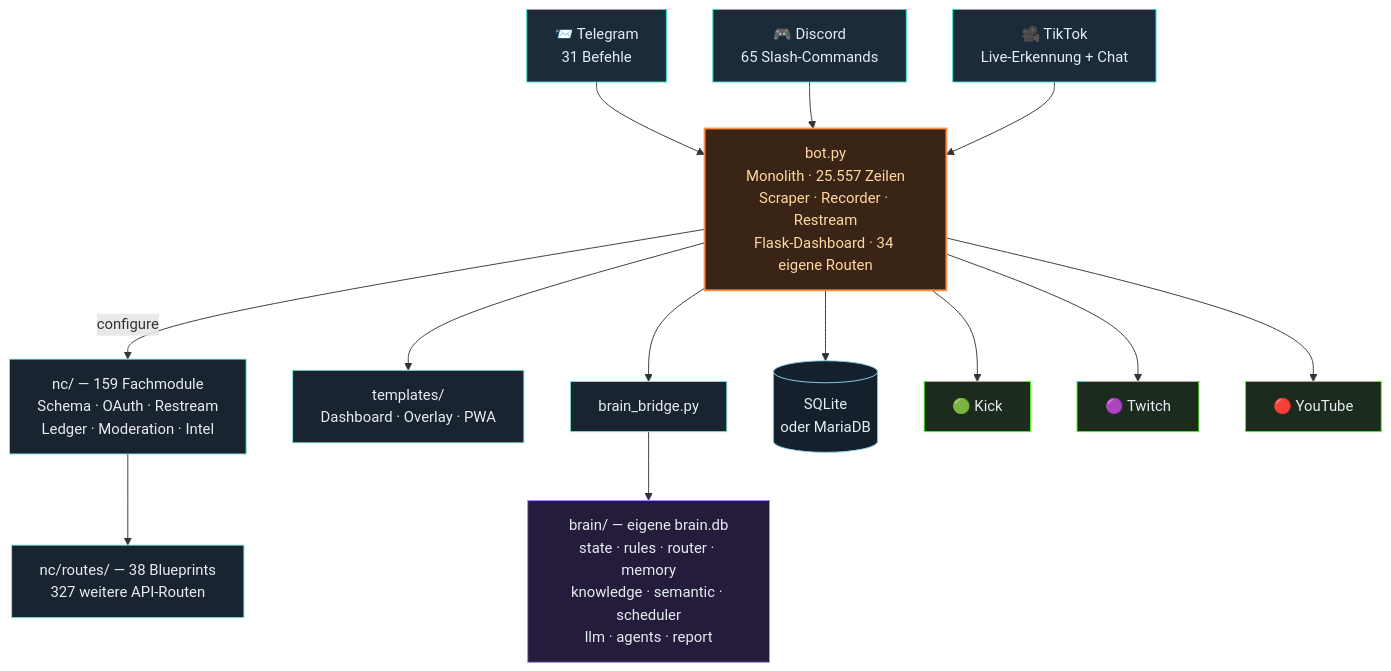
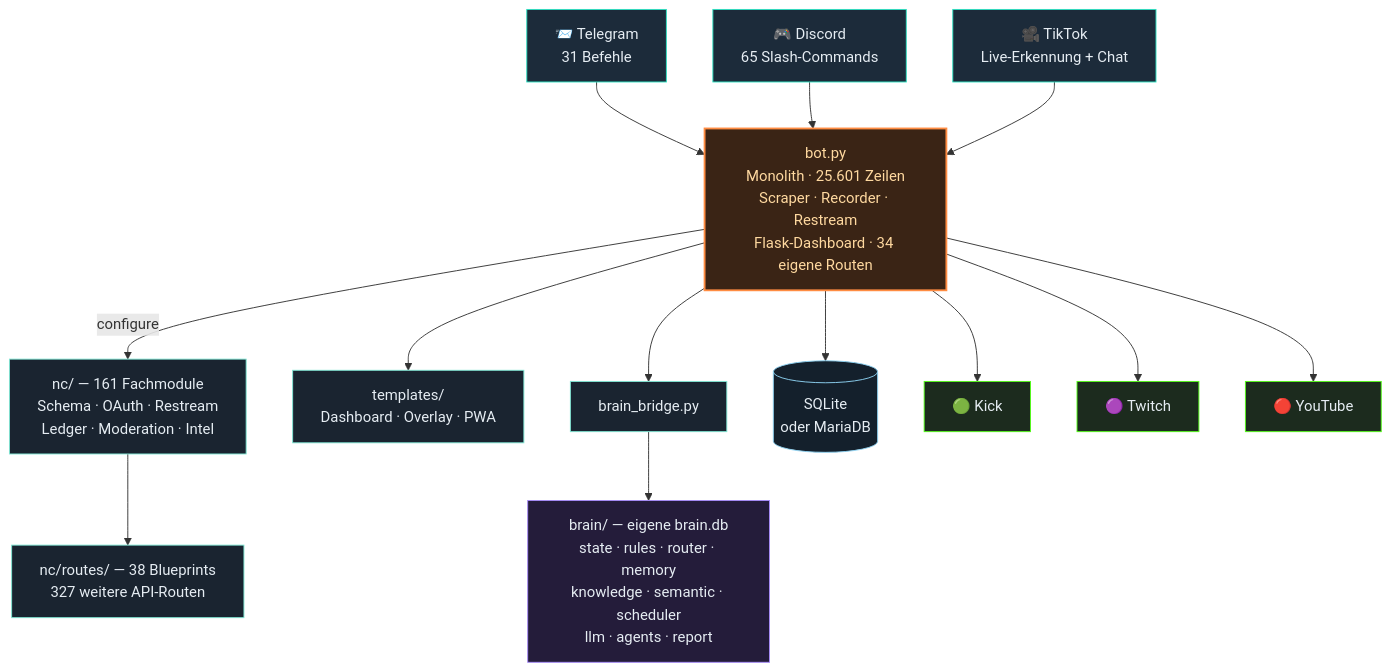
Before and after one commit to itsamemedev/Telegram-Stream-Info-Bot: the third of 4 diagrams in README.md, drawn with Mermaid. The commit also changed other lines of this file and 12 other files, not shown here.

````diff
--- a/README.md
+++ b/README.md
@@ -189,30 +189,30 @@
 ```mermaid
 flowchart TB
     TG["📨 Telegram<br/>31 Befehle"]:::ein
     DC["🎮 Discord<br/>65 Slash-Commands"]:::ein
     TT["🎥 TikTok<br/>Live-Erkennung + Chat"]:::ein
 
     TG --> BOT
     DC --> BOT
     TT --> BOT
 
-    BOT["bot.py<br/>Monolith · 25.557 Zeilen<br/>Scraper · Recorder · Restream<br/>Flask-Dashboard · 34 eigene Routen"]:::core
+    BOT["bot.py<br/>Monolith · 25.601 Zeilen<br/>Scraper · Recorder · Restream<br/>Flask-Dashboard · 34 eigene Routen"]:::core
 
-    BOT -->|configure| NC["nc/ — 159 Fachmodule<br/>Schema · OAuth · Restream<br/>Ledger · Moderation · Intel"]:::lib
+    BOT -->|configure| NC["nc/ — 161 Fachmodule<br/>Schema · OAuth · Restream<br/>Ledger · Moderation · Intel"]:::lib
     NC --> RT["nc/routes/ — 38 Blueprints<br/>327 weitere API-Routen"]:::lib
     BOT --> TPL["templates/<br/>Dashboard · Overlay · PWA"]:::lib
     BOT --> BR["brain_bridge.py"]:::lib
     BR --> BRAIN["brain/ — eigene brain.db<br/>state · rules · router · memory<br/>knowledge · semantic · scheduler<br/>llm · agents · report"]:::brain
     BOT --> DB[("SQLite<br/>oder MariaDB")]:::db
 
     BOT --> KICK["🟢 Kick"]:::out
     BOT --> TW["🟣 Twitch"]:::out
     BOT --> YT["🔴 YouTube"]:::out
 
     classDef ein fill:#1c2b3a,stroke:#2de1c2,color:#e6edf3
     classDef core fill:#3a2415,stroke:#ff8c42,stroke-width:2px,color:#ffd9a0
     classDef lib fill:#1a2430,stroke:#7fe7d4,color:#e6edf3
     classDef brain fill:#241c3a,stroke:#a78bfa,color:#e6edf3
     classDef db fill:#14202c,stroke:#8fd3f4,color:#e6edf3
     classDef out fill:#1c2b1e,stroke:#53fc18,color:#e6edf3
 ```
````
